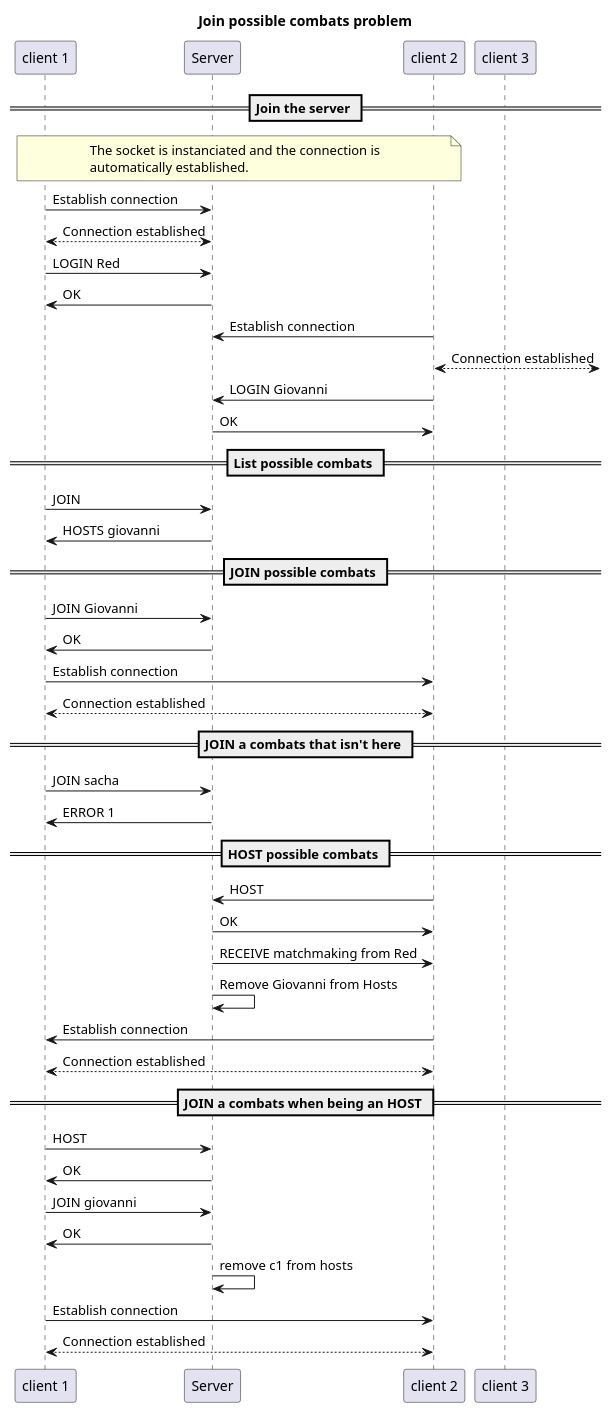
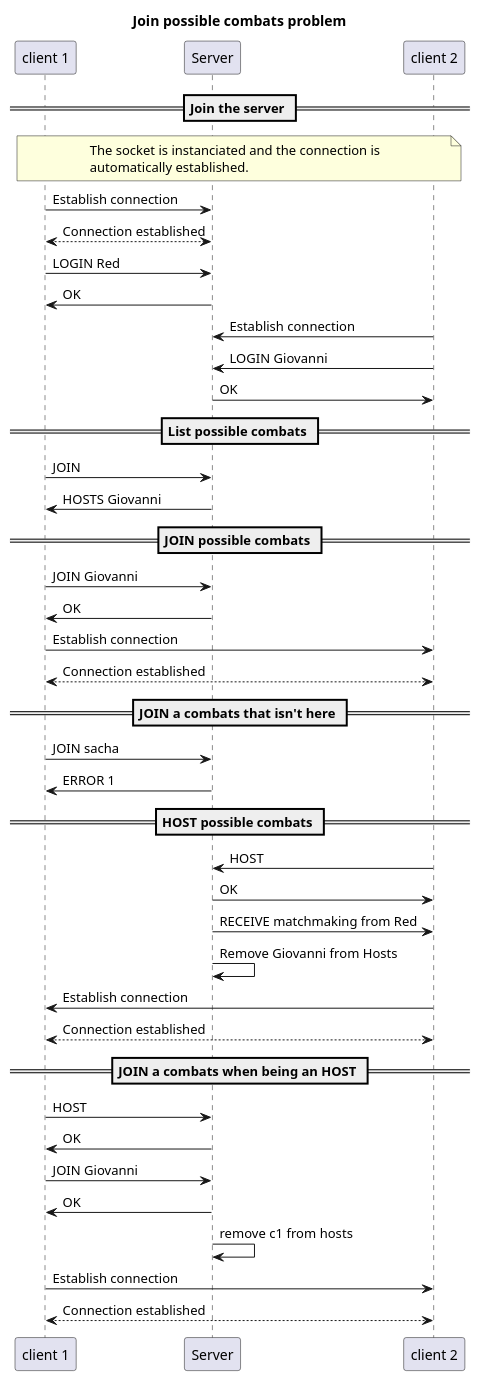
The diagram in PocketMonster/Protocole/JoinPossibleCombatsProblem.plantuml (Dansnts/DAI-Labo02), drawn with PlantUML before and after one commit. The commit also changed 13 other files, not shown here.

```diff
--- a/PocketMonster/Protocole/JoinPossibleCombatsProblem.plantuml
+++ b/PocketMonster/Protocole/JoinPossibleCombatsProblem.plantuml
@@ -1,68 +1,66 @@
 @startuml JoinPossibleCombatsProblem
 
 title "Join possible combats problem"
 
 participant "client 1" as c1
 participant "Server" as s
-participant "client 2" as giovanni
-participant "client 3" as sacha
+participant "client 2" as Giovanni
 
 == Join the server ==
 
-note over c1,giovanni
+note over c1,Giovanni
 The socket is instanciated and the connection is
 automatically established.
 end note
 
 c1->s : Establish connection
 c1<-->s : Connection established
 
 c1->s: LOGIN Red
 s->c1: OK
 
-giovanni->s: Establish connection
-giovanni<-->: Connection established
+Giovanni->s: Establish connection
 
-giovanni->s: LOGIN Giovanni
-s->giovanni: OK
+Giovanni->s: LOGIN Giovanni
+s->Giovanni: OK
 
 == List possible combats ==
 
 c1->s: JOIN
-s->c1: HOSTS giovanni
+s->c1: HOSTS Giovanni
 
 == JOIN possible combats ==
 
 c1->s: JOIN Giovanni
 s->c1: OK
 
-c1->giovanni: Establish connection
-c1<-->giovanni: Connection established
+c1->Giovanni: Establish connection
+c1<-->Giovanni: Connection established
 
 == JOIN a combats that isn't here ==
 
 c1->s: JOIN sacha
 s->c1: ERROR 1
 
 == HOST possible combats ==
 
-giovanni->s: HOST
-s->giovanni: OK
-s->giovanni: RECEIVE matchmaking from Red
+Giovanni->s: HOST
+s->Giovanni: OK
+s->Giovanni: RECEIVE matchmaking from Red
 s->s: Remove Giovanni from Hosts
 
-giovanni->c1: Establish connection
-c1<-->giovanni: Connection established
+Giovanni->c1: Establish connection
+c1<-->Giovanni: Connection established
 
 == JOIN a combats when being an HOST ==
 c1->s: HOST
 s->c1: OK
 
-c1->s: JOIN giovanni
+c1->s: JOIN Giovanni
 s->c1: OK
 s->s: remove c1 from hosts
 
-c1->giovanni: Establish connection
-c1<-->giovanni: Connection established
+c1->Giovanni: Establish connection
+c1<-->Giovanni: Connection established
 
 @enduml
```
